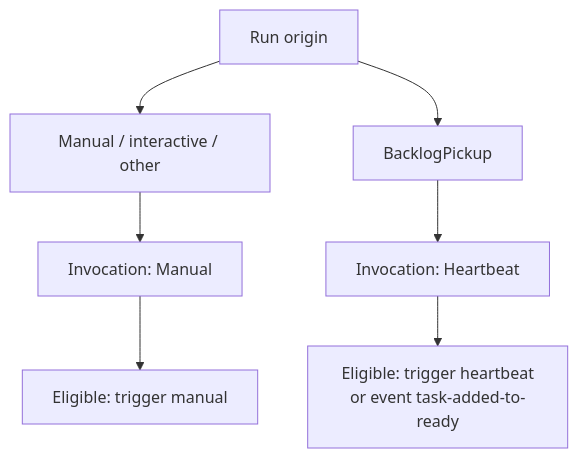
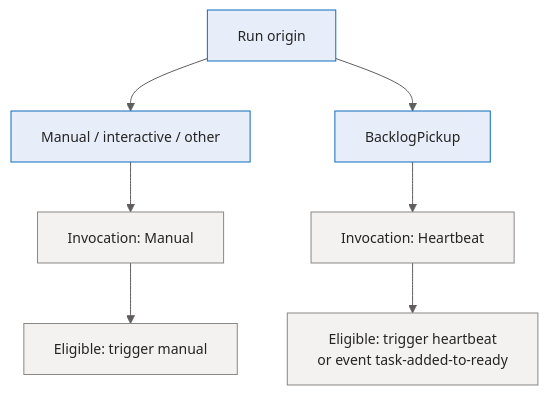
One commit to sabbour/agentweaver changed the sixth of 11 diagrams in docs/deep-dive/workflow-engine.md. Above: the diagram before and after it, drawn with Mermaid. The commit also changed other lines of this file and 13 other files, not shown here.

````diff
--- a/docs/deep-dive/workflow-engine.md
+++ b/docs/deep-dive/workflow-engine.md
@@ -212,13 +298,25 @@
 ```mermaid
+%%{init: {'theme':'base','themeVariables':{'fontFamily':'Segoe UI, system-ui, -apple-system, sans-serif','fontSize':'14px','primaryColor':'#E8EEF9','primaryBorderColor':'#0F6CBD','primaryTextColor':'#242424','lineColor':'#605E5C','clusterBkg':'#FAF9F8','clusterBorder':'#D2D0CE','edgeLabelBackground':'#FFFFFF'}}}%%
 flowchart TD
     RunOrigin[Run origin]
     ManualStart[Manual / interactive / other]
     BacklogPickup[BacklogPickup]
     ManualKind[Invocation: Manual]
     HeartbeatKind[Invocation: Heartbeat]
     ManualEligible[Eligible: trigger manual]
     HeartbeatEligible[Eligible: trigger heartbeat<br/>or event task-added-to-ready]
 
     RunOrigin --> ManualStart --> ManualKind --> ManualEligible
     RunOrigin --> BacklogPickup --> HeartbeatKind --> HeartbeatEligible
+
+    classDef client fill:#E8EEF9,stroke:#0F6CBD,stroke-width:1px,color:#242424;
+    classDef svc fill:#F3F2F1,stroke:#8A8886,stroke-width:1px,color:#242424;
+    classDef core fill:#CFE4FA,stroke:#0F6CBD,stroke-width:2px,color:#242424;
+    classDef data fill:#FFF4CE,stroke:#C19C00,stroke-width:1px,color:#242424;
+    classDef ext fill:#F0E8F8,stroke:#8764B8,stroke-width:1px,color:#242424;
+    classDef runtime fill:#DDF3DD,stroke:#107C10,stroke-width:1px,color:#242424;
+    classDef evt fill:#D6F0F0,stroke:#038387,stroke-width:1px,color:#242424;
+
+    class RunOrigin,ManualStart,BacklogPickup client;
+    class ManualKind,HeartbeatKind,ManualEligible,HeartbeatEligible svc;
 ```
````
